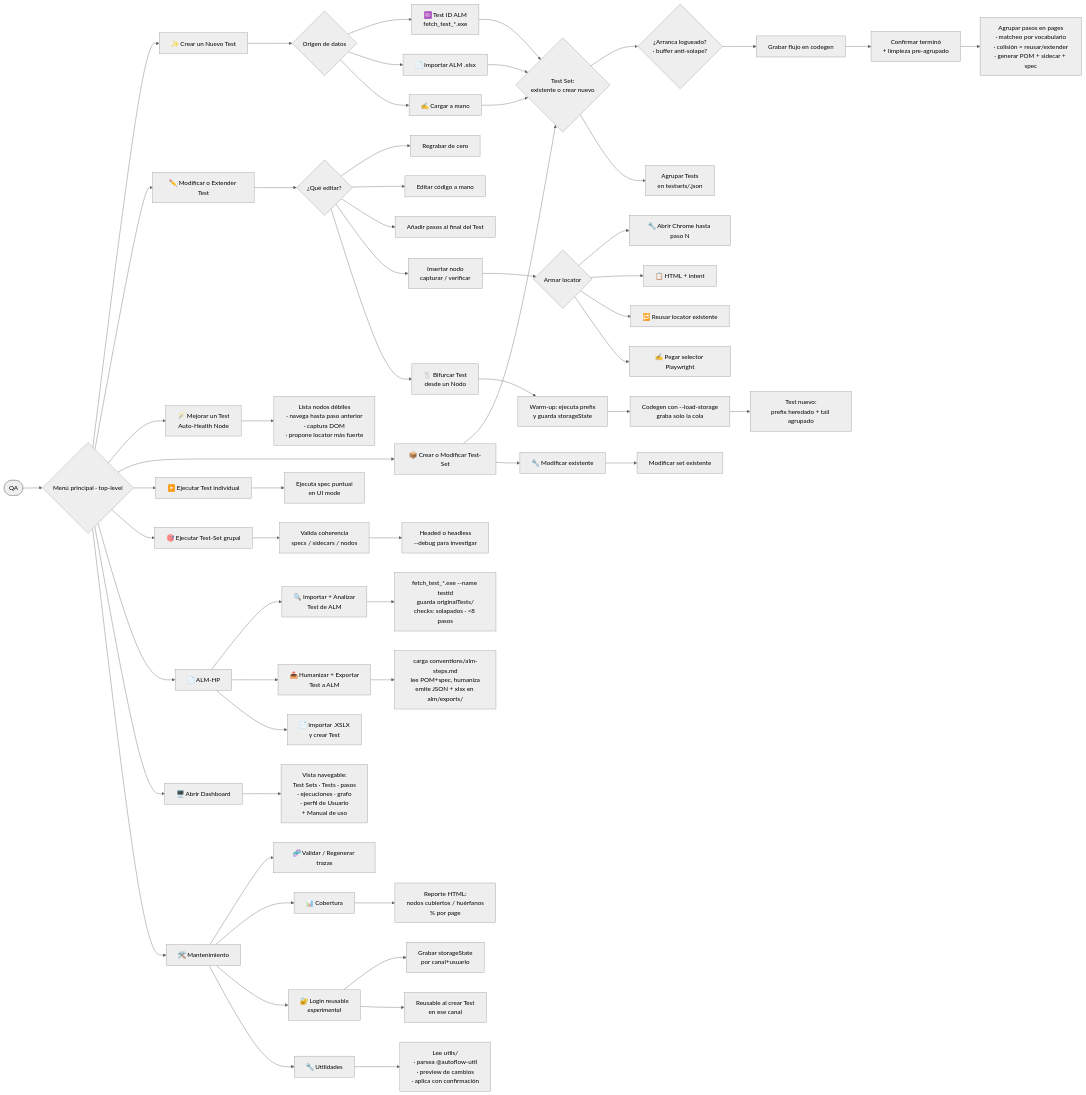
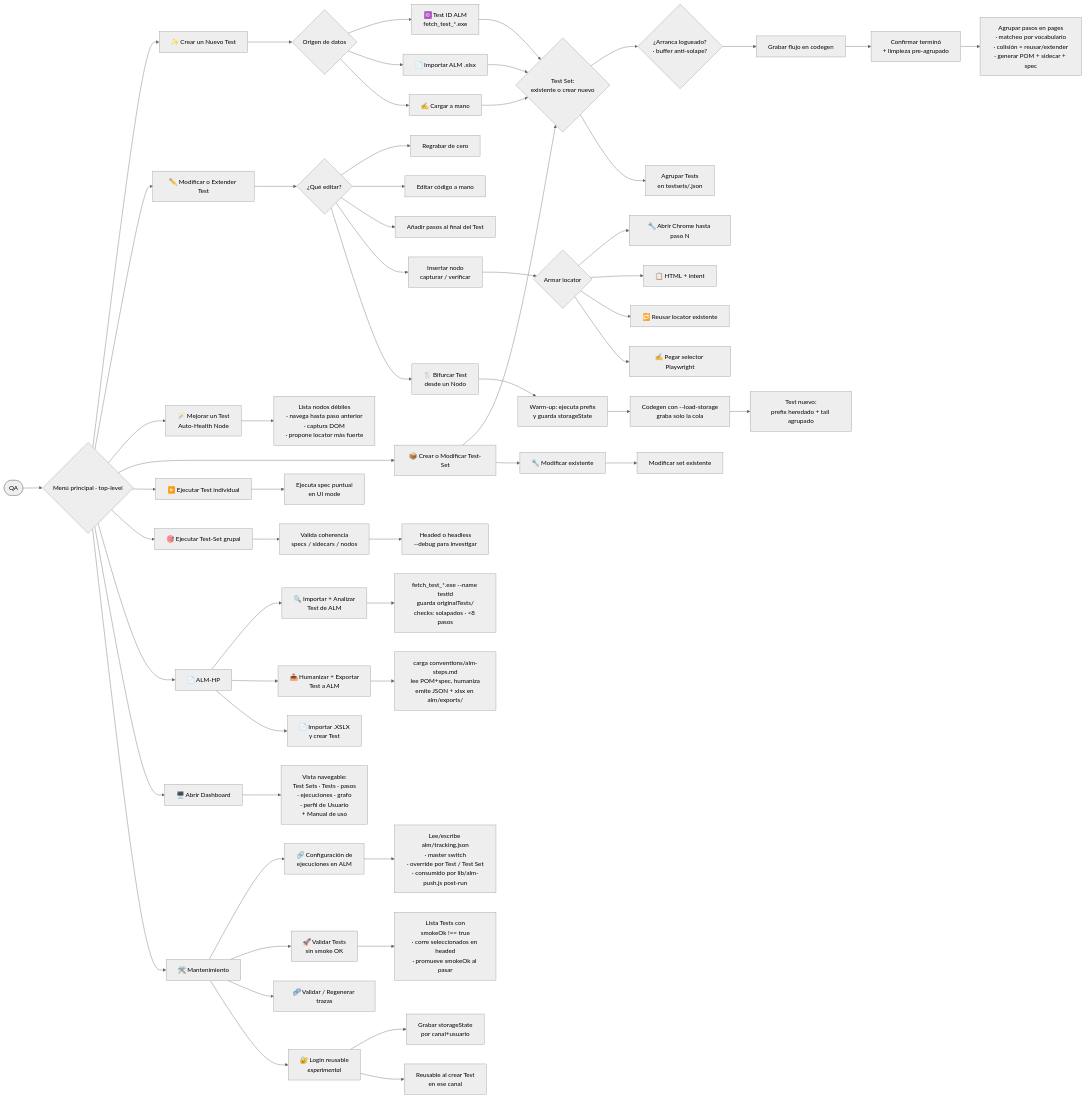
One commit to blass1/AutoFlowAgent changed the second of 4 diagrams in README.md. Above: the diagram before and after it, drawn with Mermaid (neutral theme). The commit also changed other lines of this file and 16 other files, not shown here.

First line of the commit message:
Co-ubicar PDF en el push a ALM + cleanup post-ejecución

````diff
--- a/README.md
+++ b/README.md
@@ -53,76 +53,76 @@
 ```mermaid
 flowchart LR
     QA([QA])
     Menu{Menú principal · top-level}
 
     QA --> Menu
 
     Menu --> Crear[✨ Crear un Nuevo Test]
     Menu --> Editar[✏️ Modificar o Extender Test]
     Menu --> AHN[🪄 Mejorar un Test<br/>Auto-Health Node]
     Menu --> TS[📦 Crear o Modificar Test-Set]
     Menu --> Correr[▶️ Ejecutar Test individual]
     Menu --> CorrerTS[🎯 Ejecutar Test-Set grupal]
     Menu --> ALM[📄 ALM-HP]
     Menu --> Dash[🖥️ Abrir Dashboard]
     Menu --> Mant[🛠️ Mantenimiento]
 
     TS --> CrearTS[➕ Crear nuevo]
     TS --> EditarTS[🔧 Modificar existente]
 
     ALM --> ALMAnalyze[🔍 Importar + Analizar<br/>Test de ALM]
     ALM --> ALMExp[📤 Humanizar + Exportar<br/>Test a ALM]
     ALM --> ALMImp[📄 Importar .XSLX<br/>y crear Test]
 
+    Mant --> ALMCfg[🔗 Configuración de<br/>ejecuciones en ALM]
+    Mant --> ValSmoke[🚀 Validar Tests<br/>sin smoke OK]
     Mant --> ValT[🧬 Validar / Regenerar trazas]
-    Mant --> Cob[📊 Cobertura]
     Mant --> Auth[🔐 Login reusable<br/><i>experimental</i>]
-    Mant --> Utils[🔧 Utilidades]
 
     Crear --> CrearOrigen{Origen de datos}
     CrearOrigen --> CrearTID[🆔 Test ID ALM<br/>fetch_test_*.exe]
     CrearOrigen --> CrearALMImp[📄 Importar ALM .xlsx]
     CrearOrigen --> CrearManual[✍️ Cargar a mano]
     CrearManual --> CrearTS{Test Set:<br/>existente o crear nuevo}
     CrearALMImp --> CrearTS
     CrearTID --> CrearTS
     CrearTS --> CrearLogin{¿Arranca logueado?<br/>· buffer anti-solape?}
     CrearLogin --> CrearGrabar[Grabar flujo en codegen]
     CrearGrabar --> CrearConfirm[Confirmar terminó<br/>+ limpieza pre-agrupado]
     CrearConfirm --> CrearPOM[Agrupar pasos en pages<br/>· matcheo por vocabulario<br/>· colisión = reusar/extender<br/>· generar POM + sidecar + spec]
 
     Editar --> EditarQue{¿Qué editar?}
     EditarQue --> EditRegrabar[Regrabar de cero]
     EditarQue --> EditCodigo[Editar código a mano]
     EditarQue --> EditAppend[Añadir pasos al final del Test]
     EditarQue --> EditNodo[Insertar nodo<br/>capturar / verificar]
     EditarQue --> EditFork[🍴 Bifurcar Test<br/>desde un Nodo]
     EditFork --> ForkWarmup[Warm-up: ejecuta prefix<br/>y guarda storageState]
     ForkWarmup --> ForkTail[Codegen con --load-storage<br/>graba solo la cola]
     ForkTail --> ForkSpec[Test nuevo:<br/>prefix heredado + tail agrupado]
     EditNodo --> EditNodoLoc{Armar locator}
     EditNodoLoc --> LocPause[🔧 Abrir Chrome hasta paso N]
     EditNodoLoc --> LocHTML[📋 HTML + intent]
     EditNodoLoc --> LocReusar[🔁 Reusar locator existente]
     EditNodoLoc --> LocPegar[✍️ Pegar selector Playwright]
 
     Correr --> CorrerUI[Ejecuta spec puntual<br/>en UI mode]
 
     CrearTS --> TSAgrupar[Agrupar Tests<br/>en testsets/.json]
     EditarTS --> TSEditar[Modificar set existente]
     CorrerTS --> TSValidar[Valida coherencia<br/>specs / sidecars / nodos]
     TSValidar --> TSCorrer[Headed o headless<br/>--debug para investigar]
 
     AHN --> AHNFlow[Lista nodos débiles<br/>· navega hasta paso anterior<br/>· captura DOM<br/>· propone locator más fuerte]
 
     Auth --> AuthGrabar[Grabar storageState<br/>por canal+usuario]
     Auth --> AuthReuso[Reusable al crear Test<br/>en ese canal]
 
     ALMAnalyze --> ALMAnalyzeFlow[fetch_test_*.exe --name testid<br/>guarda originalTests/<br/>checks: solapados · <8 pasos]
     ALMExp --> ALMExpFlow[carga conventions/alm-steps.md<br/>lee POM+spec, humaniza<br/>emite JSON + xlsx en alm/exports/]
 
-    Utils --> UtilsFlow[Lee utils/<br/>· parsea @autoflow-util<br/>· preview de cambios<br/>· aplica con confirmación]
+    ALMCfg --> ALMCfgFlow[Lee/escribe alm/tracking.json<br/>· master switch<br/>· override por Test / Test Set<br/>· consumido por lib/alm-push.js post-run]
+    ValSmoke --> ValSmokeFlow[Lista Tests con<br/>smokeOk !== true<br/>· corre seleccionados en headed<br/>· promueve smokeOk al pasar]
 
-    Cob --> CobReporte[Reporte HTML:<br/>nodos cubiertos / huérfanos<br/>% por page]
     Dash --> DashHtml[Vista navegable:<br/>Test Sets · Tests · pasos<br/>· ejecuciones · grafo<br/>· perfil de Usuario<br/>+ Manual de uso]
 ```
````
